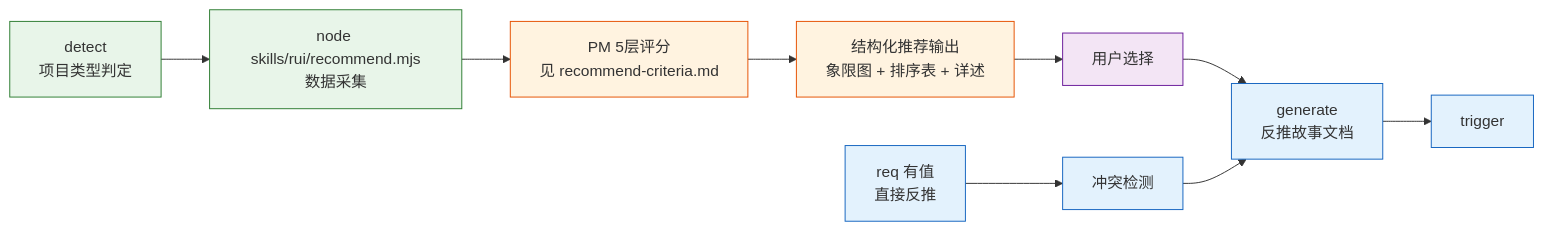
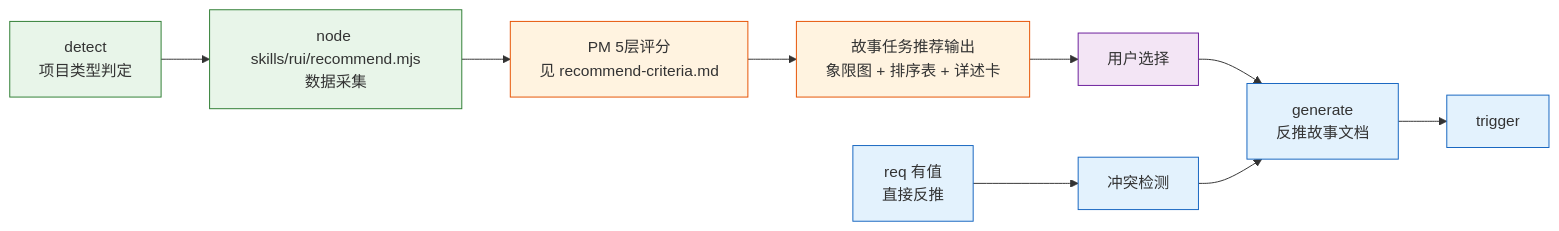
One commit to effiy/YrY changed the tenth of 10 diagrams in skills/rui/SKILL.md. Above: the diagram before and after it, drawn with Mermaid. The commit also changed other lines of this file and 5 other files, not shown here.

````diff
--- a/skills/rui/SKILL.md
+++ b/skills/rui/SKILL.md
@@ -289,15 +289,15 @@
 ```mermaid
 flowchart LR
     E0["detect<br/>项目类型判定"]:::tool --> E1["node skills/rui/recommend.mjs<br/>数据采集"]:::tool
     E1 --> E2["PM 5层评分<br/>见 recommend-criteria.md"]:::llm
-    E2 --> E3["结构化推荐输出<br/>象限图 + 排序表 + 详述"]:::llm
+    E2 --> E3["故事任务推荐输出<br/>象限图 + 排序表 + 详述卡"]:::llm
     E3 --> E4["用户选择"]:::user
     E4 --> G["generate<br/>反推故事文档"]:::s
     R["req 有值<br/>直接反推"]:::s --> C["冲突检测"]:::s --> G
     G --> T["trigger"]:::s
 
     classDef tool fill:#e8f5e9,stroke:#2e7d32;
     classDef llm fill:#fff3e0,stroke:#e65100;
     classDef user fill:#f3e5f5,stroke:#6a1b9a;
     classDef s fill:#e3f2fd,stroke:#1565c0;
 ```
````
